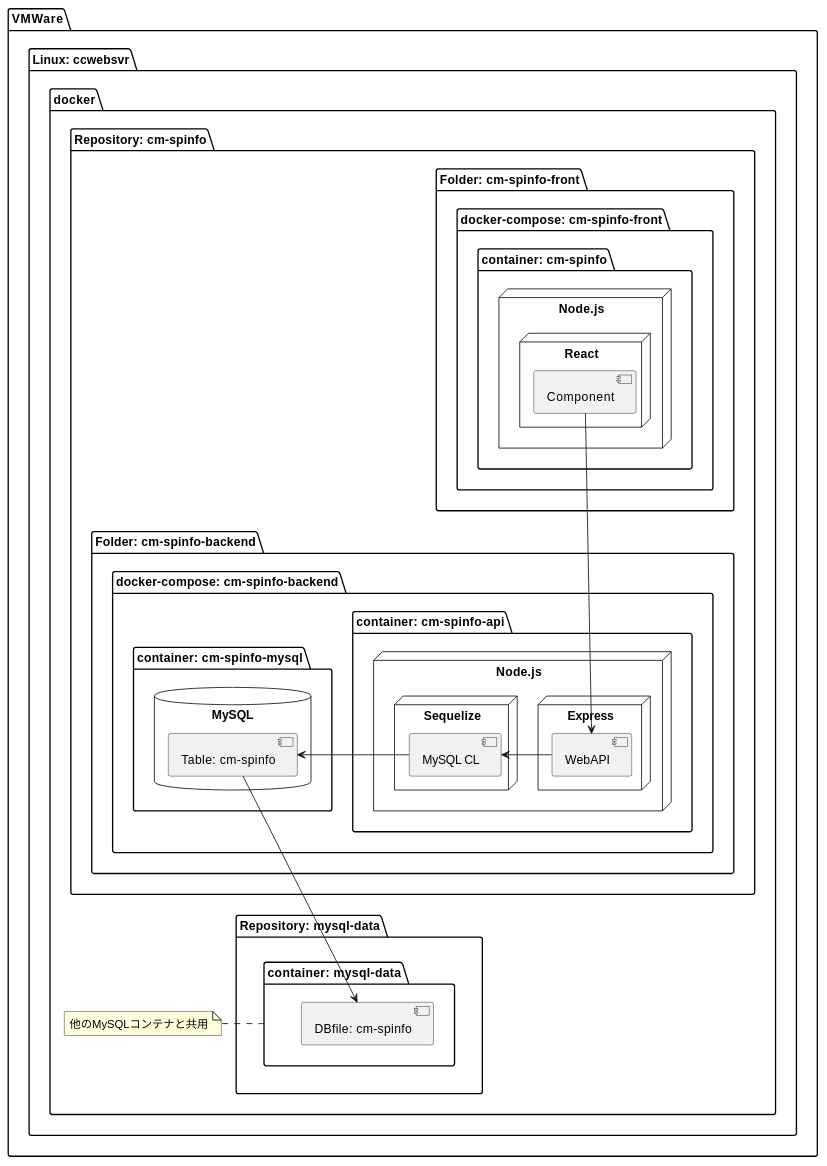
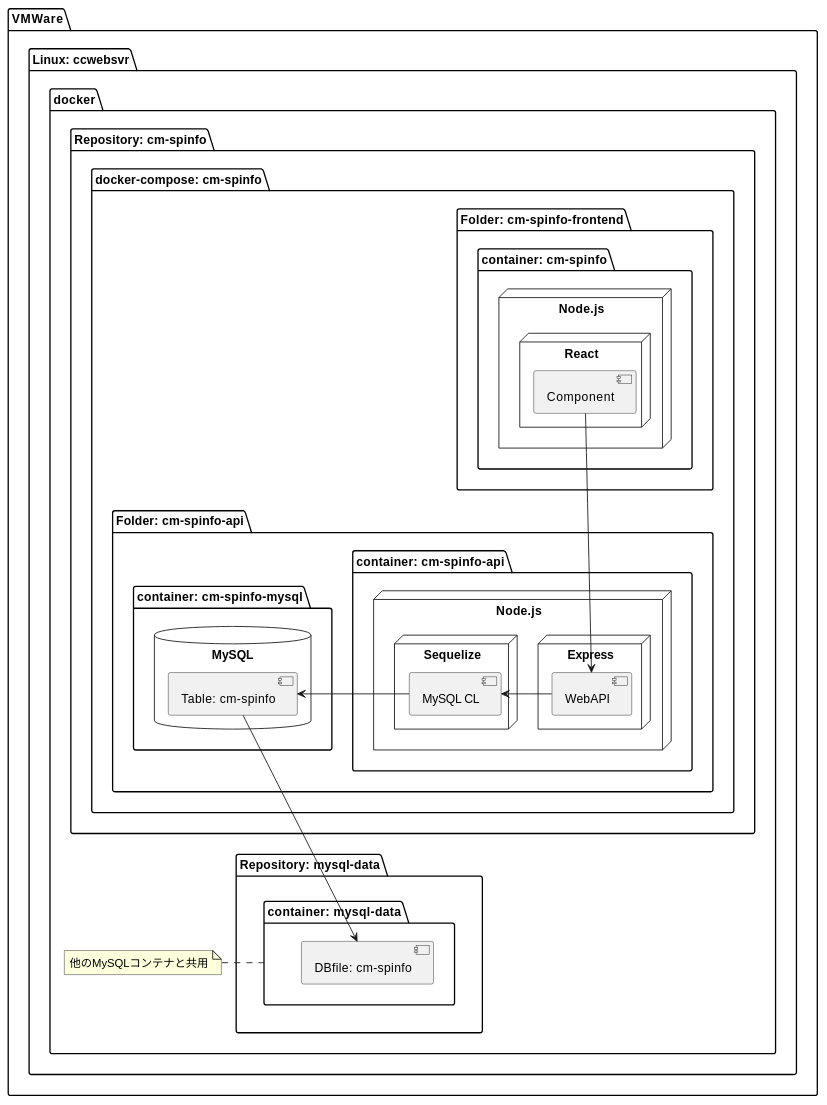
One commit to chichi-develop/cm-spinfo changed the diagram in cm-spinfo.md. Above: the diagram before and after it, drawn with PlantUML. The commit also changed 2 other files, not shown here.

Commit message:
refactoring

````diff
--- a/cm-spinfo.md
+++ b/cm-spinfo.md
@@ -3,58 +3,56 @@
 ```plantuml
 @startuml
 
 package "VMWare" {
   package "Linux: ccwebsvr" {
     package "docker" {
       package "Repository: cm-spinfo" {
-        package "Folder: cm-spinfo-front" {
-          package "docker-compose: cm-spinfo-front" {
+        package "docker-compose: cm-spinfo" {
+          package "Folder: cm-spinfo-frontend" {
             package "container: cm-spinfo" {
               node "Node.js" as Node.js_cm-spinfo {
                 node "React" as React_cm-spinfo {
                   [Component]
                 }
               }
             }
           }
-        }
 
-        package "Folder: cm-spinfo-backend" {
-          package "docker-compose: cm-spinfo-backend" {
-            package "container: cm-spinfo-api" {
+        package "Folder: cm-spinfo-api" {
+          package "container: cm-spinfo-api" {
               node "Node.js" as Node.js_cm-spinfo-api {
                 node "Express" as Express_cm-spinfo-api {
                   [WebAPI]
                 }
                 node "Sequelize" as Sequelize_cm-spinfo-api {
                   [MySQL CL]
                 }
               }
             }
             package "container: cm-spinfo-mysql" {
               database "MySQL" as MySQL_cm-spinfo {
                 [Table: cm-spinfo]
               }
             }
           }
         }
       }
       package "Repository: mysql-data" {
         package "container: mysql-data" as container_mysql_data {
           [DBfile: cm-spinfo]
         }
       }
       note left of container_mysql_data
         他のMySQLコンテナと共用
       end note
     }
   }
 }
 
 [Component] --> [WebAPI]
 [WebAPI] -> [MySQL CL]
 [MySQL CL] -> [Table: cm-spinfo]
 [Table: cm-spinfo] --> [DBfile: cm-spinfo]
 
 @enduml
 ```
````
